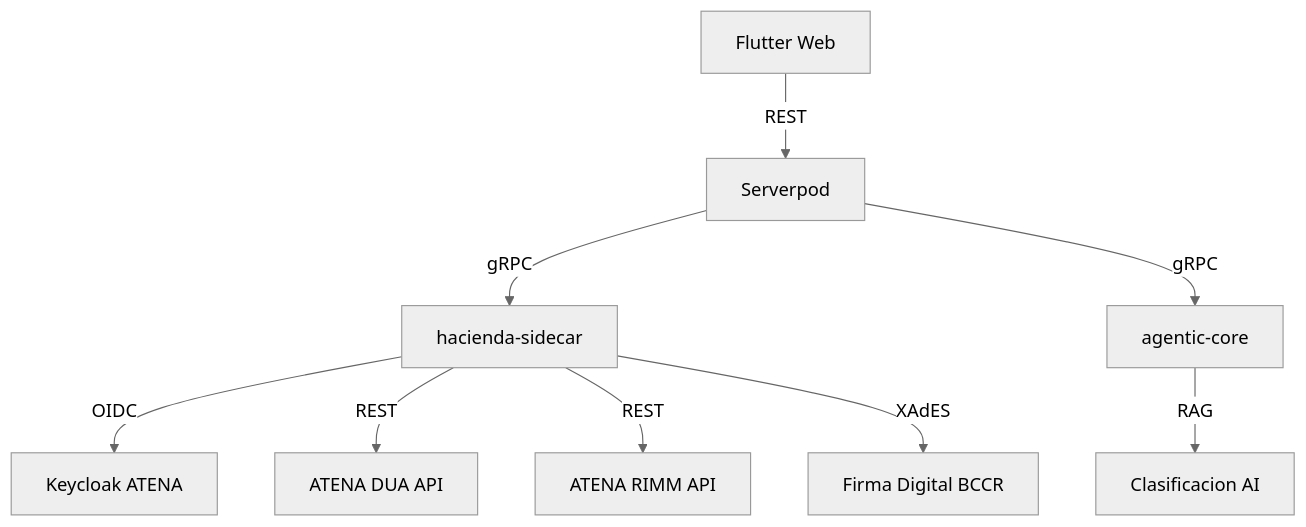
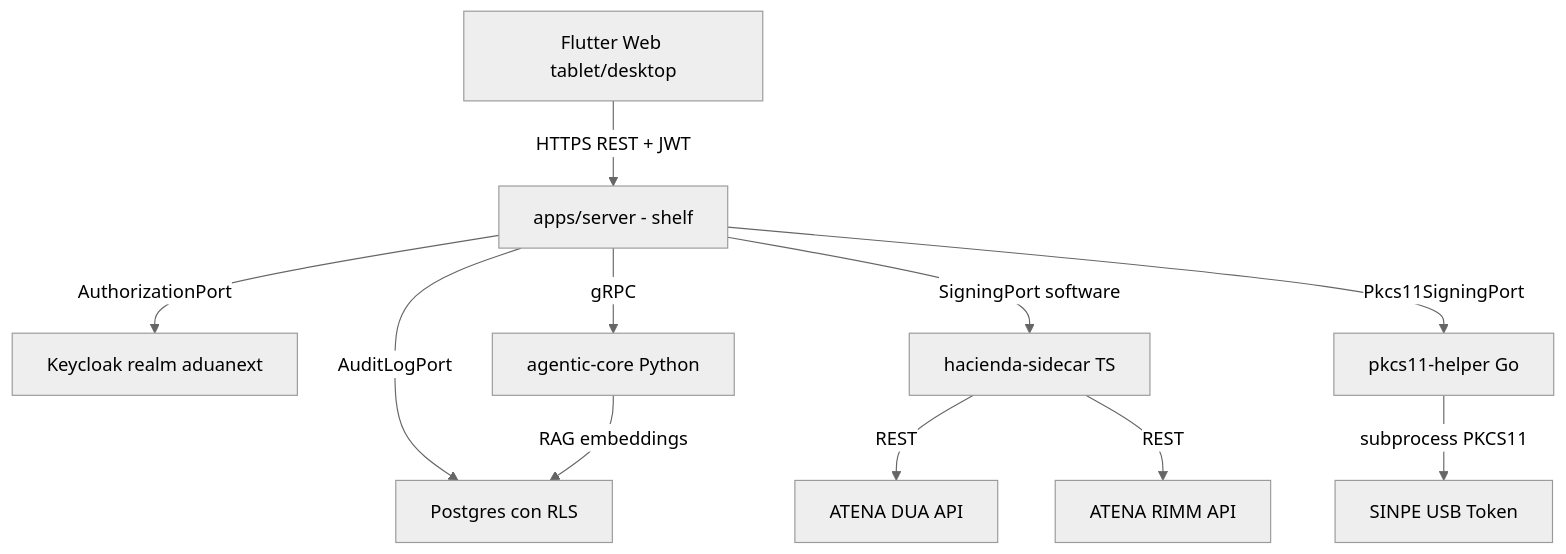
One commit to vertivolatam/aduanext changed the diagram in docs/site/content/index.md. Above: the diagram before and after it, drawn with Mermaid (neutral theme). The commit also changed other lines of this file and 7 other files, not shown here.

````diff
--- a/docs/site/content/index.md
+++ b/docs/site/content/index.md
@@ -41,11 +50,13 @@
 ```mermaid
 graph TD
-    A[Flutter Web] -->|REST| B[Serverpod]
-    B -->|gRPC| C[hacienda-sidecar]
-    B -->|gRPC| H[agentic-core]
-    C -->|OIDC| D[Keycloak ATENA]
+    A[Flutter Web tablet/desktop] -->|HTTPS REST + JWT| B[apps/server - shelf]
+    B -->|AuthorizationPort| K[Keycloak realm aduanext]
+    B -->|AuditLogPort| P[Postgres con RLS]
+    B -->|SigningPort software| C[hacienda-sidecar TS]
+    B -->|Pkcs11SigningPort| H[pkcs11-helper Go]
+    H -->|subprocess PKCS11| T[SINPE USB Token]
     C -->|REST| E[ATENA DUA API]
     C -->|REST| F[ATENA RIMM API]
-    C -->|XAdES| G[Firma Digital BCCR]
-    H -->|RAG| I[Clasificacion AI]
+    B -->|gRPC| AC[agentic-core Python]
+    AC -->|RAG embeddings| P
 ```
````
